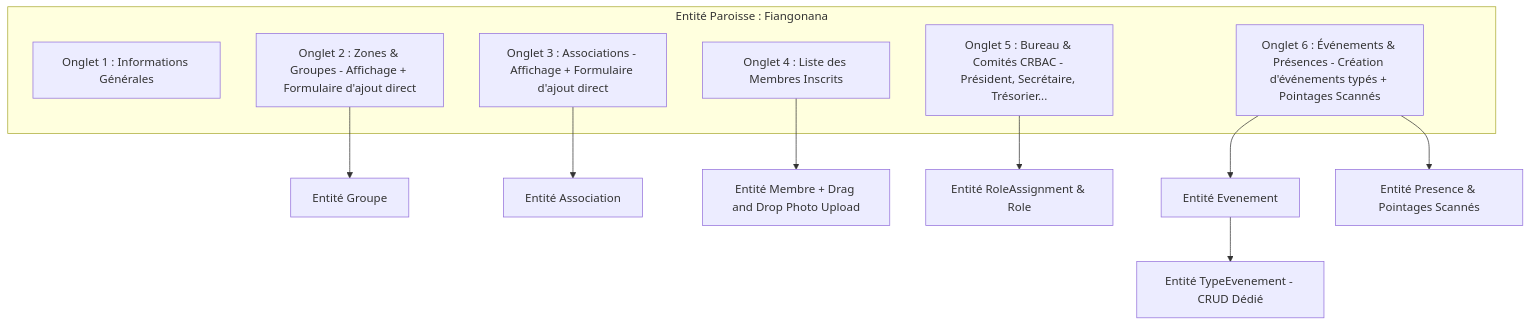
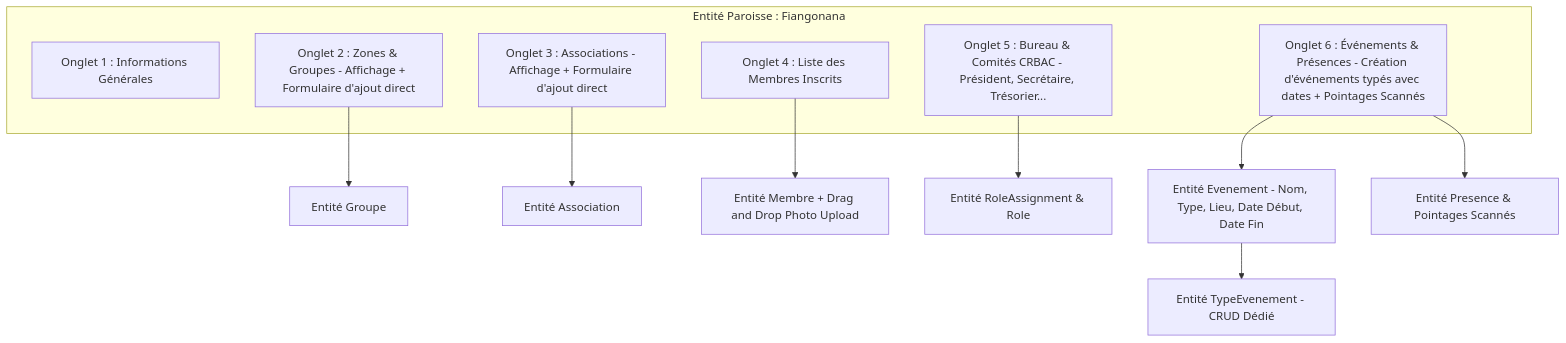
Before and after one commit to tounaf/iam-service: the first of 2 diagrams in docs/BACKOFFICE_SPECIFICATION.md, drawn with Mermaid. The commit also changed other lines of this file and 7 other files, not shown here.

````diff
--- a/docs/BACKOFFICE_SPECIFICATION.md
+++ b/docs/BACKOFFICE_SPECIFICATION.md
@@ -29,19 +30,19 @@
 ```mermaid
 graph TD
     subgraph Structure[Entité Paroisse : Fiangonana]
         Tab1[Onglet 1 : Informations Générales]
         Tab2[Onglet 2 : Zones & Groupes - Affichage + Formulaire d'ajout direct]
         Tab3[Onglet 3 : Associations - Affichage + Formulaire d'ajout direct]
         Tab4[Onglet 4 : Liste des Membres Inscrits]
         Tab5[Onglet 5 : Bureau & Comités CRBAC - Président, Secrétaire, Trésorier...]
-        Tab6[Onglet 6 : Événements & Présences - Création d'événements typés + Pointages Scannés]
+        Tab6[Onglet 6 : Événements & Présences - Création d'événements typés avec dates + Pointages Scannés]
     end
 
     Tab2 --> GroupeEntity[Entité Groupe]
     Tab3 --> AssociationEntity[Entité Association]
     Tab4 --> MembreEntity[Entité Membre + Drag and Drop Photo Upload]
     Tab5 --> RoleAssignmentEntity[Entité RoleAssignment & Role]
-    Tab6 --> EvenementEntity[Entité Evenement]
+    Tab6 --> EvenementEntity[Entité Evenement - Nom, Type, Lieu, Date Début, Date Fin]
     EvenementEntity --> TypeEvenementEntity[Entité TypeEvenement - CRUD Dédié]
     Tab6 --> PresenceEntity[Entité Presence & Pointages Scannés]
 ```
````
